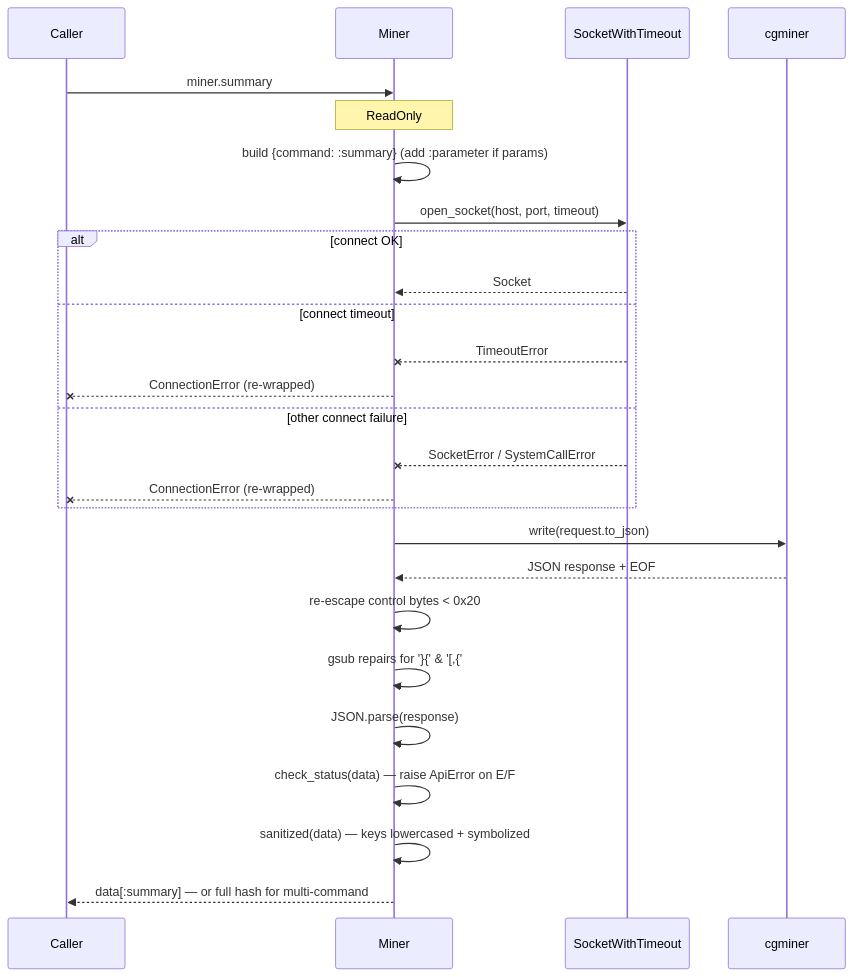
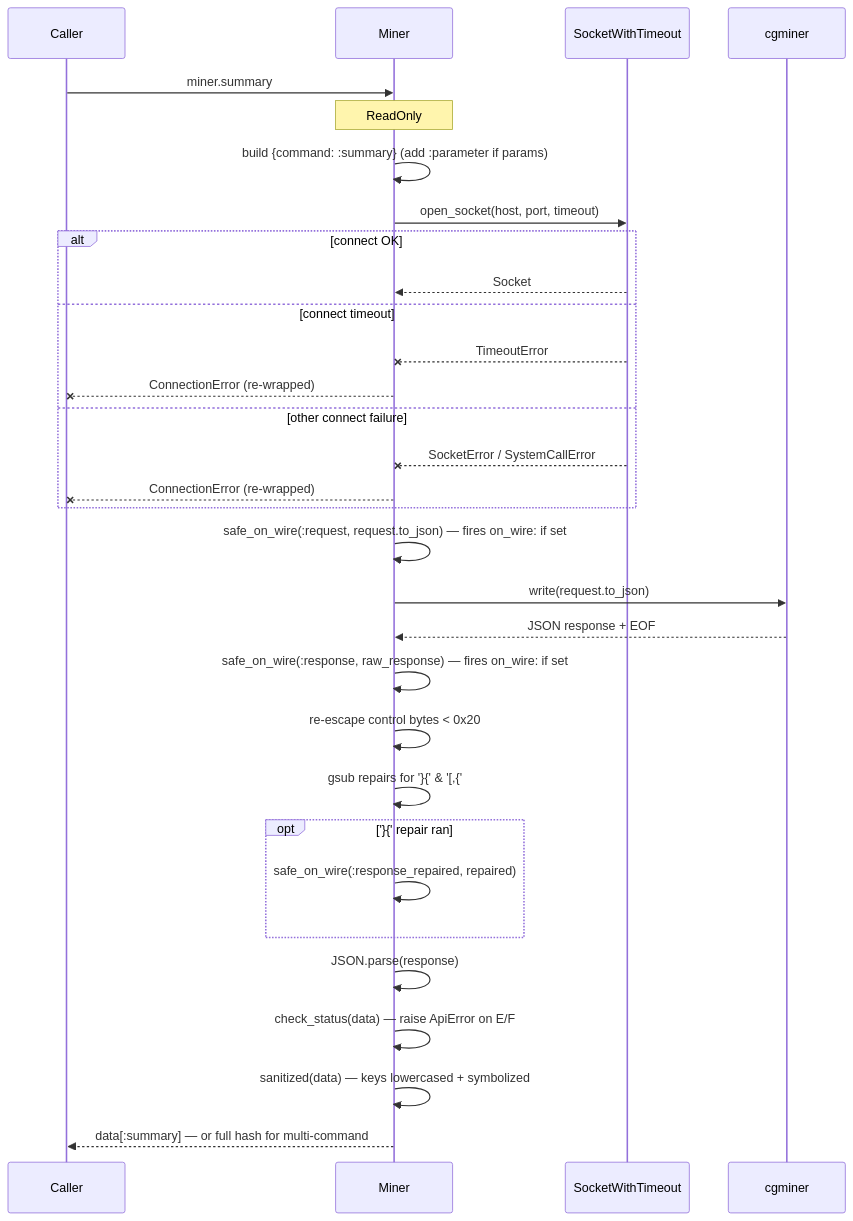
The first of 4 diagrams in docs/workflows.md (jramos/cgminer_api_client), drawn with Mermaid before and after one commit. The commit also changed other lines of this file and 1 other file, not shown here.

Commit message:
docs(components,workflows): document on_wire: hook + CLI -v wiring
Add on_wire: kwarg to the Miner and MinerPool constructor summaries in
components.md; note that MinerPool forwards the callback into every
Miner it constructs. Describe safe_on_wire's three directions and
exception-swallowing contract. Update the bin/cgminer_api_client entry
to document the -v/--verbose flag and the mutex-serialized stderr
writer with EPIPE/IOError defenses.

In workflows.md, extend the single-miner request-flow sequence diagram
with the three safe_on_wire call sites (request / response /
response_repaired) and add a key observation pointing at logging.md.

````diff
--- a/docs/workflows.md
+++ b/docs/workflows.md
@@ -7,29 +7,34 @@
 ```mermaid
 sequenceDiagram
     participant Caller
     participant Miner
     participant SWT as SocketWithTimeout
     participant cgminer
 
     Caller->>Miner: miner.summary
     Note over Miner: ReadOnly#summary → query(:summary)[0]
     Miner->>Miner: build {command: :summary} (add :parameter if params)
     Miner->>SWT: open_socket(host, port, timeout)
     alt connect OK
         SWT-->>Miner: Socket
     else connect timeout
         SWT--xMiner: TimeoutError
         Miner--xCaller: ConnectionError (re-wrapped)
     else other connect failure
         SWT--xMiner: SocketError / SystemCallError
         Miner--xCaller: ConnectionError (re-wrapped)
     end
+    Miner->>Miner: safe_on_wire(:request, request.to_json) — fires on_wire: if set
     Miner->>cgminer: write(request.to_json)
     cgminer-->>Miner: JSON response + EOF
+    Miner->>Miner: safe_on_wire(:response, raw_response) — fires on_wire: if set
     Miner->>Miner: re-escape control bytes < 0x20
     Miner->>Miner: gsub repairs for '}{' & '[,{'
+    opt '}{' repair ran
+        Miner->>Miner: safe_on_wire(:response_repaired, repaired)
+    end
     Miner->>Miner: JSON.parse(response)
     Miner->>Miner: check_status(data) — raise ApiError on E/F
     Miner->>Miner: sanitized(data) — keys lowercased + symbolized
     Miner-->>Caller: data[:summary] — or full hash for multi-command
 ```
````
